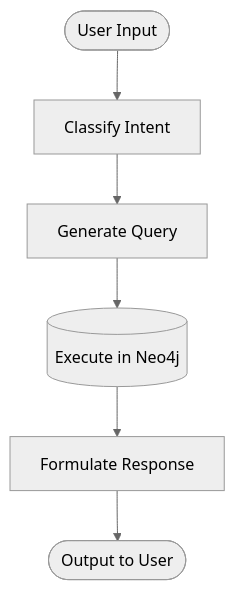
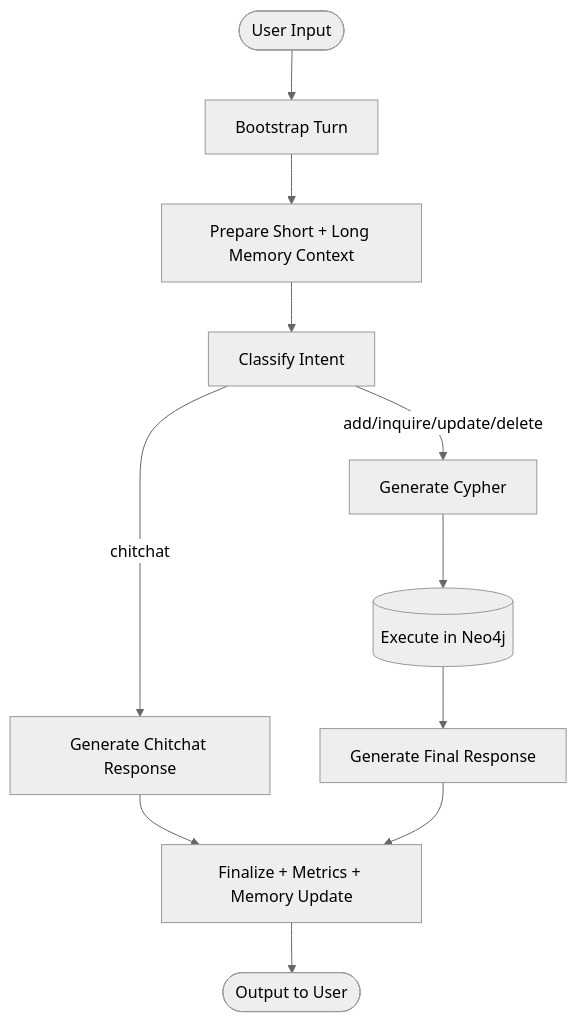
Before and after one commit to tonynagyy/Midterm-project-AI-agents: the diagram in neo4j-chatbot/architecture.md, drawn with Mermaid (neutral theme). The commit also changed other lines of this file and 17 other files, not shown here.

````diff
--- a/neo4j-chatbot/architecture.md
+++ b/neo4j-chatbot/architecture.md
@@ -9,8 +9,13 @@
 ```mermaid
 graph TD
-    A([User Input]) --> B[Classify Intent]
-    B --> C[Generate Query]
-    C --> D[(Execute in Neo4j)]
-    D --> E[Formulate Response]
-    E --> F([Output to User])
+    A([User Input]) --> B[Bootstrap Turn]
+    B --> C[Prepare Short + Long Memory Context]
+    C --> D[Classify Intent]
+    D -->|chitchat| E[Generate Chitchat Response]
+    D -->|add/inquire/update/delete| F[Generate Cypher]
+    F --> G[(Execute in Neo4j)]
+    G --> H[Generate Final Response]
+    E --> I[Finalize + Metrics + Memory Update]
+    H --> I
+    I --> J([Output to User])
 ```
````
